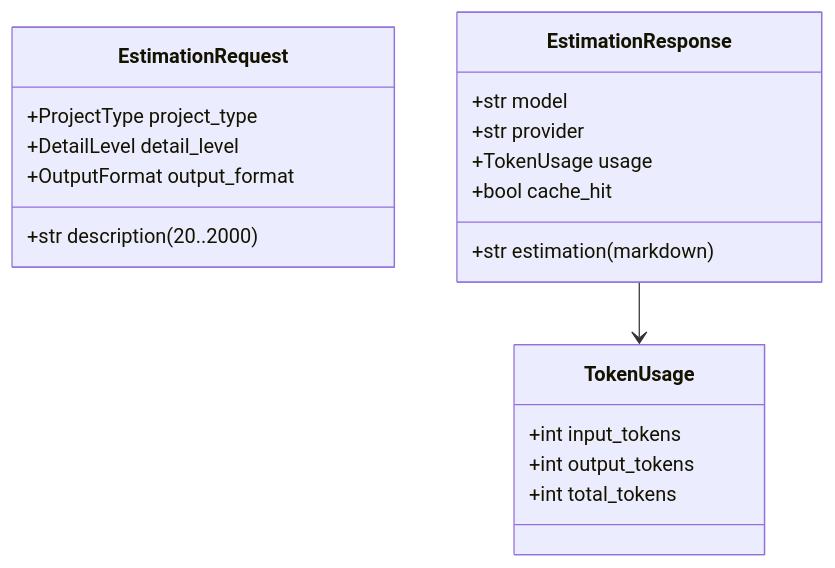
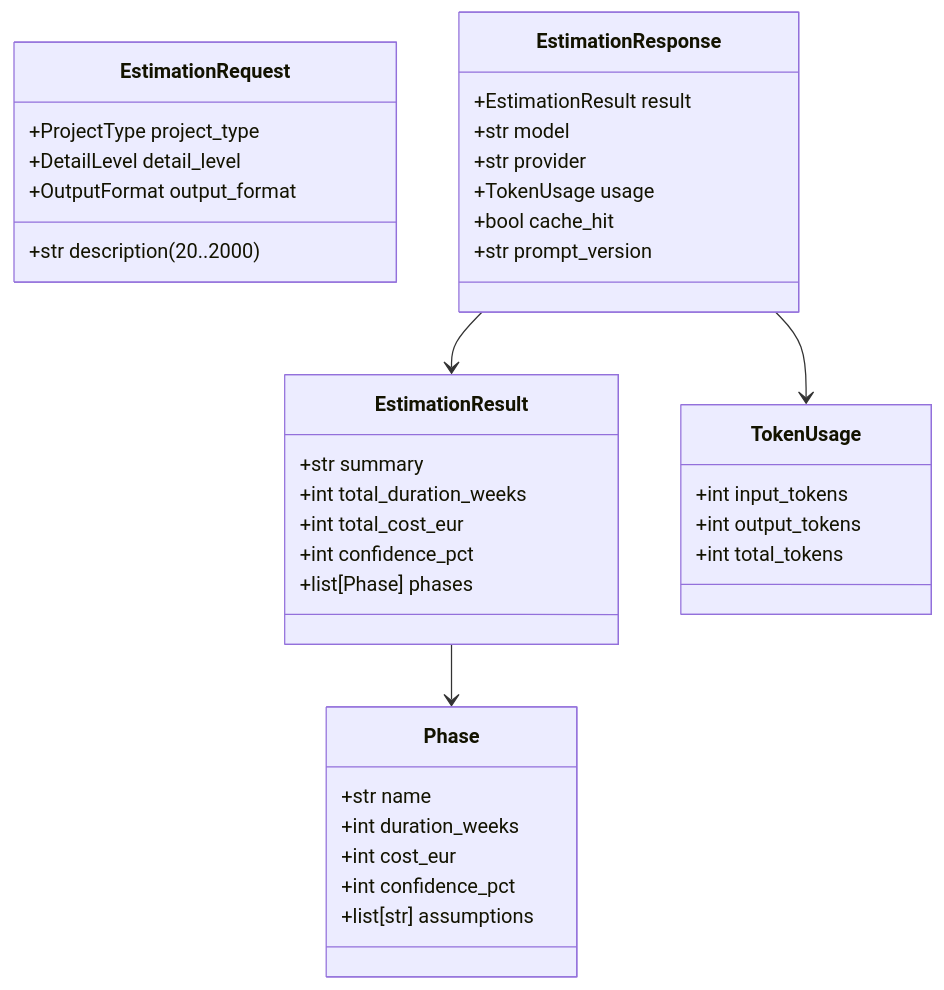
One commit to salvalcaraz080/LIDR-RAG-master changed the third of 11 diagrams in ARCHITECTURE.md. Above: the diagram before and after it, drawn with Mermaid. The commit also changed other lines of this file and 19 other files, not shown here.

````diff
--- a/ARCHITECTURE.md
+++ b/ARCHITECTURE.md
@@ -230,22 +235,39 @@
 ```mermaid
 classDiagram
     class EstimationRequest {
         +str description (20..2000)
         +ProjectType project_type
         +DetailLevel detail_level
         +OutputFormat output_format
     }
     class EstimationResponse {
-        +str estimation (markdown)
+        +EstimationResult result
         +str model
         +str provider
         +TokenUsage usage
         +bool cache_hit
+        +str prompt_version
+    }
+    class EstimationResult {
+        +str summary
+        +int total_duration_weeks
+        +int total_cost_eur
+        +int confidence_pct
+        +list[Phase] phases
+    }
+    class Phase {
+        +str name
+        +int duration_weeks
+        +int cost_eur
+        +int confidence_pct
+        +list[str] assumptions
     }
     class TokenUsage {
         +int input_tokens
         +int output_tokens
         +int total_tokens
     }
+    EstimationResponse --> EstimationResult
     EstimationResponse --> TokenUsage
+    EstimationResult --> Phase
 ```
````
